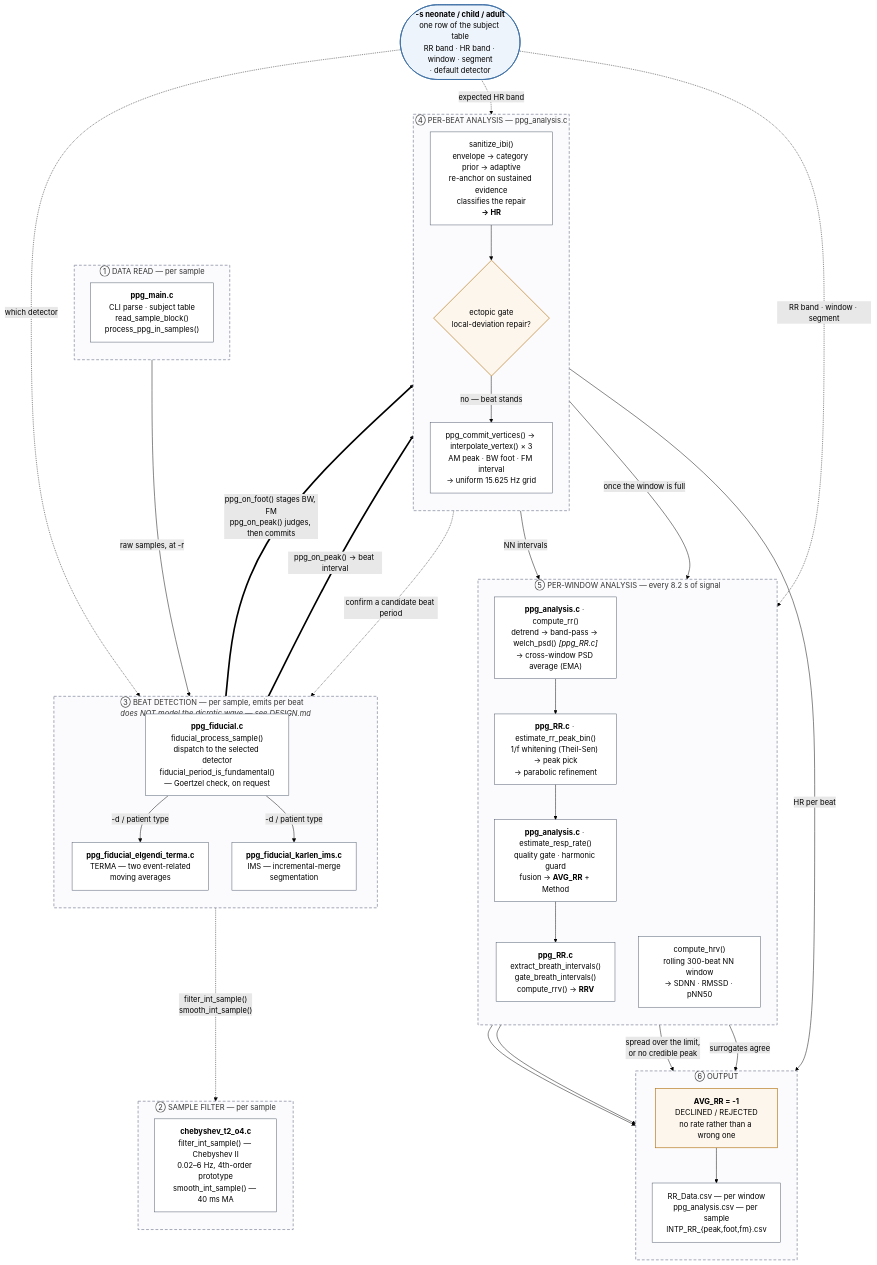
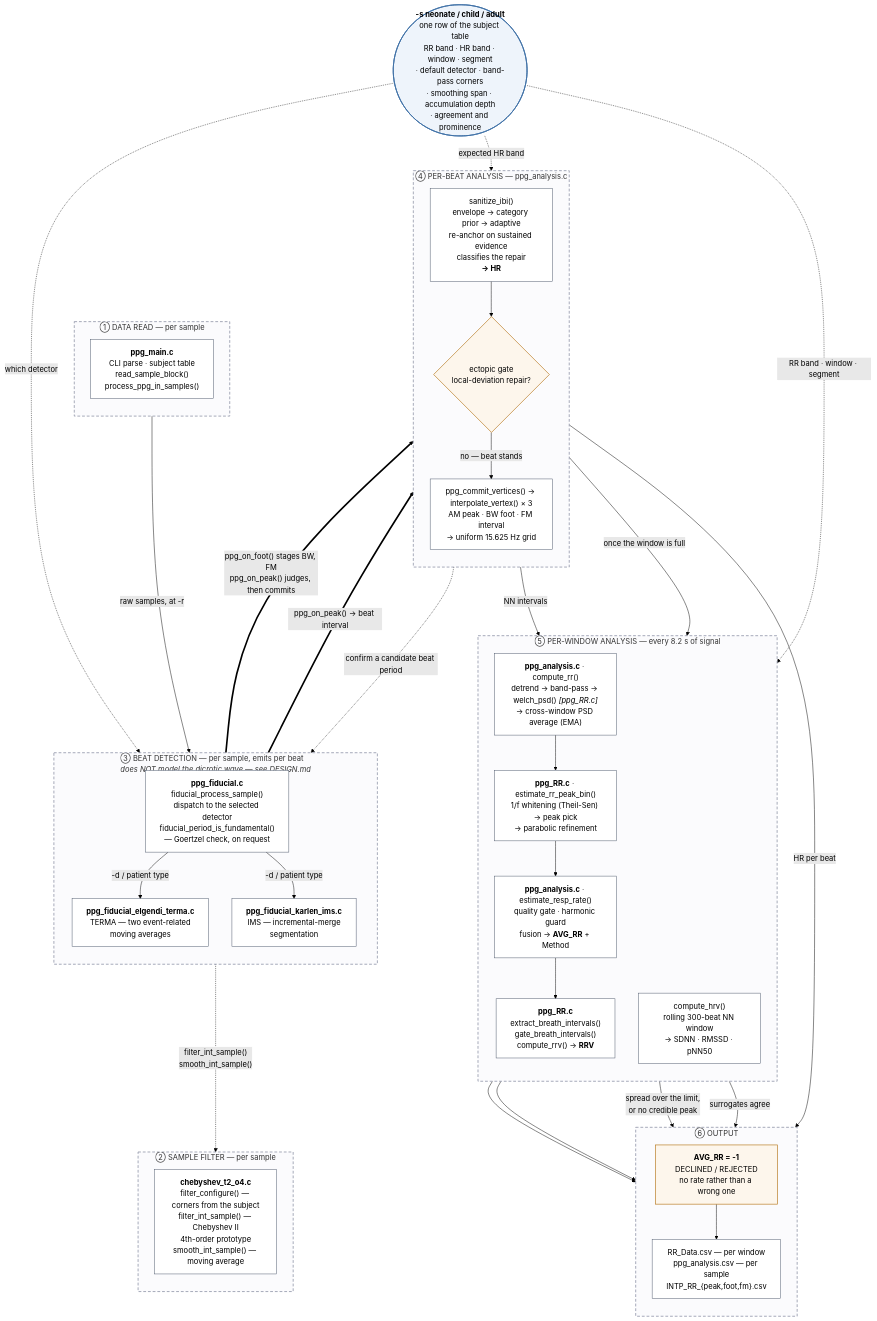
The first of 2 diagrams in PPG_Signal_Processing/docs/ppg_arch.md (Prajnaana-Technologies/PrajnaanaOpen), drawn with Mermaid (forest theme) before and after one commit. The commit also changed other lines of this file and 27 other files, not shown here.

````diff
--- a/PPG_Signal_Processing/docs/ppg_arch.md
+++ b/PPG_Signal_Processing/docs/ppg_arch.md
@@ -19,80 +19,80 @@
 ```mermaid
 flowchart TD
 
-    KNOB(["<b>-s neonate / child / adult</b><br/>one row of the subject table<br/>RR band · HR band · window · segment<br/>· default detector"])
+    KNOB(["<b>-s neonate / child / adult</b><br/>one row of the subject table<br/>RR band · HR band · window · segment<br/>· default detector · band-pass corners<br/>· smoothing span · accumulation depth<br/>· agreement and prominence"])
 
     subgraph READ["① DATA READ — per sample"]
         direction TB
         MAIN["<b>ppg_main.c</b><br/>CLI parse · subject table<br/>read_sample_block()<br/>process_ppg_in_samples()"]
     end
 
     subgraph FILT["② SAMPLE FILTER — per sample"]
         direction TB
-        CHEB["<b>chebyshev_t2_o4.c</b><br/>filter_int_sample() — Chebyshev II<br/>0.02–6 Hz, 4th-order prototype<br/>smooth_int_sample() — 40 ms MA"]
+        CHEB["<b>chebyshev_t2_o4.c</b><br/>filter_configure() — corners from the subject<br/>filter_int_sample() — Chebyshev II<br/>4th-order prototype<br/>smooth_int_sample() — moving average"]
     end
 
     subgraph FID["③ BEAT DETECTION — per sample, emits per beat<br/><i>does NOT model the dicrotic wave — see DESIGN.md</i>"]
         direction TB
         DISP["<b>ppg_fiducial.c</b><br/>fiducial_process_sample()<br/>dispatch to the selected detector<br/>fiducial_period_is_fundamental()<br/>— Goertzel check, on request"]
         TERMA["<b>ppg_fiducial_elgendi_terma.c</b><br/>TERMA — two event-related<br/>moving averages"]
         IMS["<b>ppg_fiducial_karlen_ims.c</b><br/>IMS — incremental-merge<br/>segmentation"]
         DISP -->|"-d / patient type"| TERMA
         DISP -->|"-d / patient type"| IMS
     end
 
     subgraph BEAT["④ PER-BEAT ANALYSIS — ppg_analysis.c"]
         direction TB
         SAN["sanitize_ibi()<br/>envelope → category prior → adaptive<br/>re-anchor on sustained evidence<br/>classifies the repair<br/><b>→ HR</b>"]
         GATE{"ectopic gate<br/>local-deviation repair?"}
         SUR["ppg_commit_vertices() → interpolate_vertex() × 3<br/>AM peak · BW foot · FM interval<br/>→ uniform 15.625 Hz grid"]
         SAN --> GATE
         GATE -->|"no — beat stands"| SUR
     end
 
     subgraph WIN["⑤ PER-WINDOW ANALYSIS — every 8.2 s of signal"]
         direction TB
         PSD["<b>ppg_analysis.c</b> · compute_rr()<br/>detrend → band-pass → welch_psd() <i>[ppg_RR.c]</i><br/>→ cross-window PSD average (EMA)"]
         PEAK["<b>ppg_RR.c</b> · estimate_rr_peak_bin()<br/>1/f whitening (Theil-Sen) → peak pick<br/>→ parabolic refinement"]
         FUSE["<b>ppg_analysis.c</b> · estimate_resp_rate()<br/>quality gate · harmonic guard<br/>fusion → <b>AVG_RR</b> + Method"]
         HRV["compute_hrv()<br/>rolling 300-beat NN window<br/>→ SDNN · RMSSD · pNN50"]
         BBI["<b>ppg_RR.c</b><br/>extract_breath_intervals()<br/>gate_breath_intervals()<br/>compute_rrv() → <b>RRV</b>"]
         PSD --> PEAK
         PEAK --> FUSE
         FUSE --> BBI
     end
 
     subgraph OUT["⑥ OUTPUT"]
         direction TB
         CSV["RR_Data.csv — per window<br/>ppg_analysis.csv — per sample<br/>INTP_RR_{peak,foot,fm}.csv"]
         DECL["<b>AVG_RR = -1</b><br/>DECLINED / REJECTED<br/>no rate rather than a wrong one"]
     end
 
     MAIN -->|"raw samples, at -r"| DISP
     FID  -.->|"filter_int_sample()<br/>smooth_int_sample()"| CHEB
     FID  ==>|"ppg_on_peak() → beat interval"| SAN
     FID  ==>|"ppg_on_foot() stages BW, FM<br/>ppg_on_peak() judges, then commits"| SAN
     SAN  -.->|"confirm a candidate beat period"| DISP
     SUR  -->|"once the window is full"| PSD
     SAN  -->|"NN intervals"| HRV
 
     KNOB -.->|"which detector"| DISP
     KNOB -.->|"expected HR band"| SAN
     KNOB -.->|"RR band · window · segment"| PSD
 
     FUSE -->|"surrogates agree"| CSV
     FUSE -->|"spread over the limit,<br/>or no credible peak"| DECL
     DECL --> CSV
     HRV  --> CSV
     BBI  --> CSV
     SAN  -->|"HR per beat"| CSV
 
     classDef stage fill:#fbfbfd,stroke:#8a8fa3,stroke-width:1.6px,stroke-dasharray:6 4
     classDef unit  fill:#ffffff,stroke:#4a5568,stroke-width:1px
     classDef knob  fill:#eef4fb,stroke:#3b6ea5,stroke-width:1.6px
     classDef decl  fill:#fdf6ec,stroke:#b7791f,stroke-width:1.4px
     class READ,FILT,FID,BEAT,WIN,OUT stage
     class MAIN,CHEB,DISP,TERMA,IMS,SAN,SUR,PSD,PEAK,FUSE,HRV,BBI,CSV unit
     class GATE decl
     class KNOB knob
     class DECL decl
 ```
````
